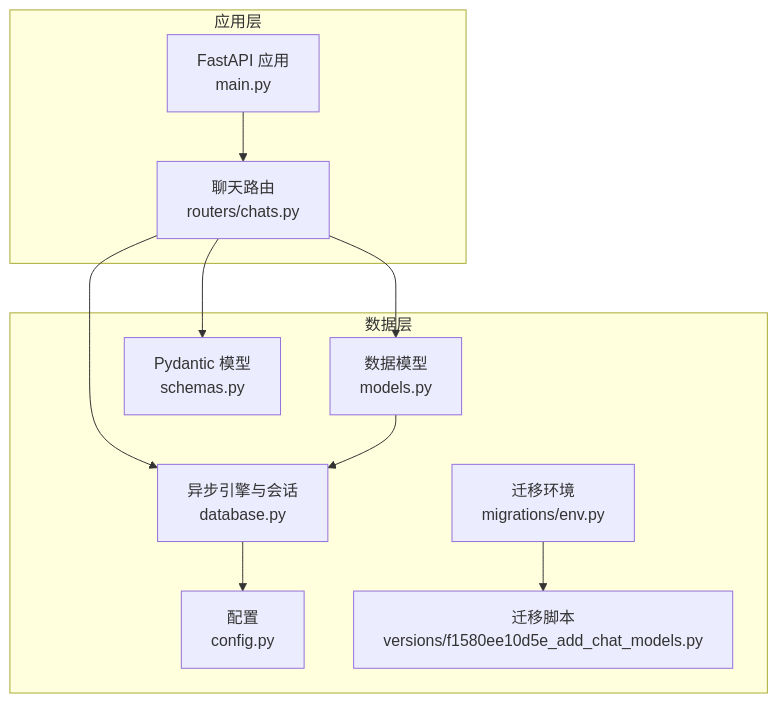
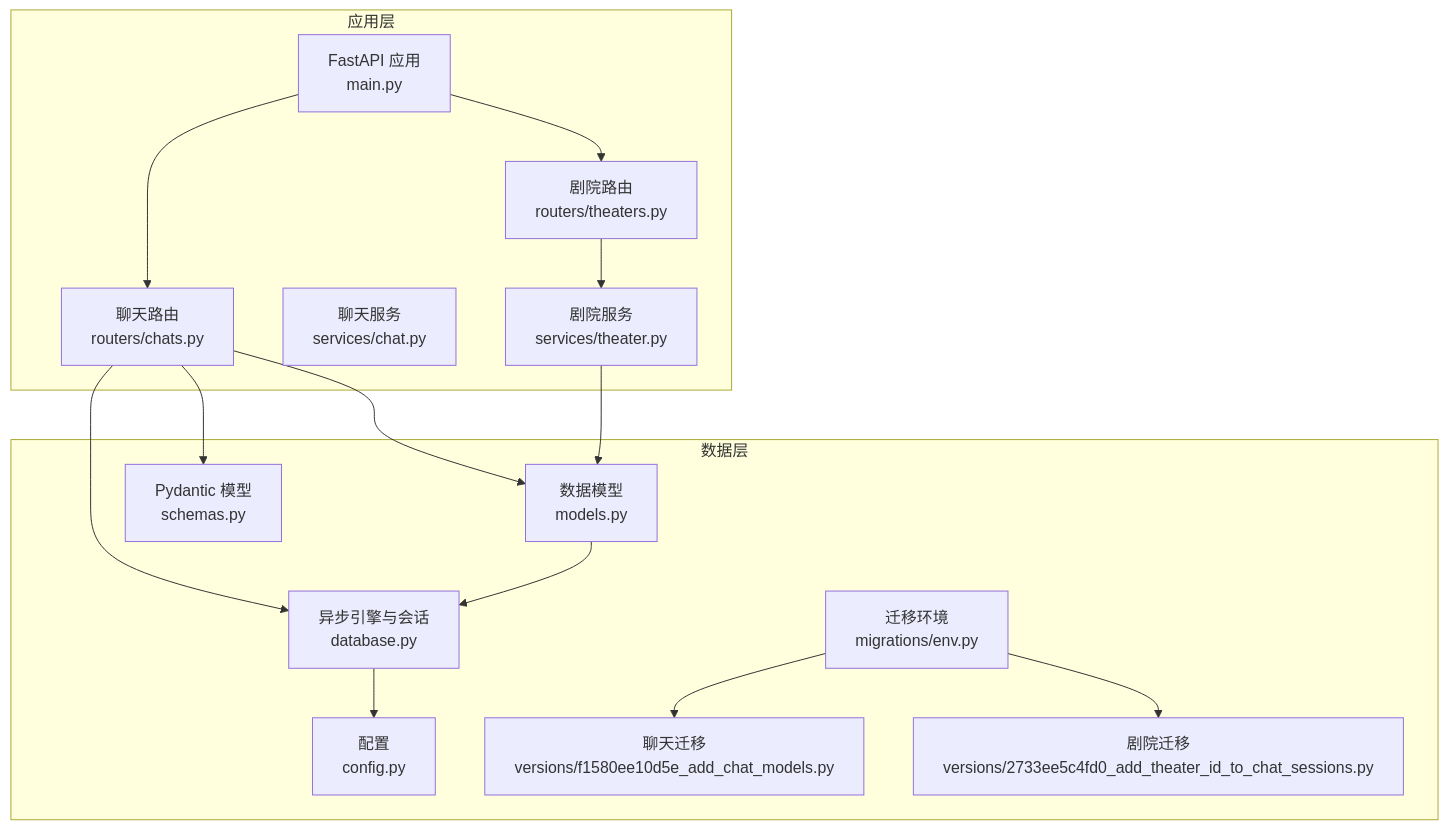
The first of 4 diagrams in .qoder/repowiki/zh/content/数据库设计/聊天系统数据模型.md (KunLabAI/KunFlix), drawn with Mermaid before and after one commit. The commit also changed other lines of this file and 11 other files, not shown here.

````diff
--- a/.qoder/repowiki/zh/content/数据库设计/聊天系统数据模型.md
+++ b/.qoder/repowiki/zh/content/数据库设计/聊天系统数据模型.md
@@ -43,22 +58,30 @@
 ```mermaid
 graph TB
 subgraph "应用层"
 APP["FastAPI 应用<br/>main.py"]
-ROUTERS["聊天路由<br/>routers/chats.py"]
+CHAT_ROUTERS["聊天路由<br/>routers/chats.py"]
+THEATER_ROUTERS["剧院路由<br/>routers/theaters.py"]
+CHAT_SERVICE["聊天服务<br/>services/chat.py"]
+THEATER_SERVICE["剧院服务<br/>services/theater.py"]
 end
 subgraph "数据层"
 MODELS["数据模型<br/>models.py"]
 SCHEMAS["Pydantic 模型<br/>schemas.py"]
 DB["异步引擎与会话<br/>database.py"]
 CFG["配置<br/>config.py"]
 ALEMBIC["迁移环境<br/>migrations/env.py"]
-MIG["迁移脚本<br/>versions/f1580ee10d5e_add_chat_models.py"]
+MIG_CHAT["聊天迁移<br/>versions/f1580ee10d5e_add_chat_models.py"]
+MIG_THEATER["剧院迁移<br/>versions/2733ee5c4fd0_add_theater_id_to_chat_sessions.py"]
 end
-APP --> ROUTERS
-ROUTERS --> MODELS
-ROUTERS --> SCHEMAS
-ROUTERS --> DB
+APP --> CHAT_ROUTERS
+APP --> THEATER_ROUTERS
+CHAT_ROUTERS --> MODELS
+CHAT_ROUTERS --> SCHEMAS
+CHAT_ROUTERS --> DB
+THEATER_ROUTERS --> THEATER_SERVICE
+THEATER_SERVICE --> MODELS
 DB --> CFG
-ALEMBIC --> MIG
+ALEMBIC --> MIG_CHAT
+ALEMBIC --> MIG_THEATER
 MODELS --> DB
 ```
````
